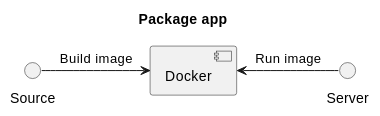
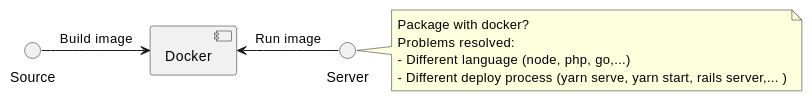
One commit to midujs/demo-deploy-app changed the second of 5 diagrams in README.md. Above: the diagram before and after it, drawn with PlantUML. The commit also changed other lines of this file, not shown here.

Commit message:
Update uml

````diff
--- a/README.md
+++ b/README.md
@@ -13,8 +15,13 @@
 ```plantuml
 @startuml
-title Package app
-
 Source -> [Docker] : Build image
 [Docker] <- Server : Run image
+
+note right
+  Package with docker?
+  Problems resolved:
+  - Different language (node, php, go,...)
+  - Different deploy process (yarn serve, yarn start, rails server,... )
+end note
 @enduml
 ```
````
